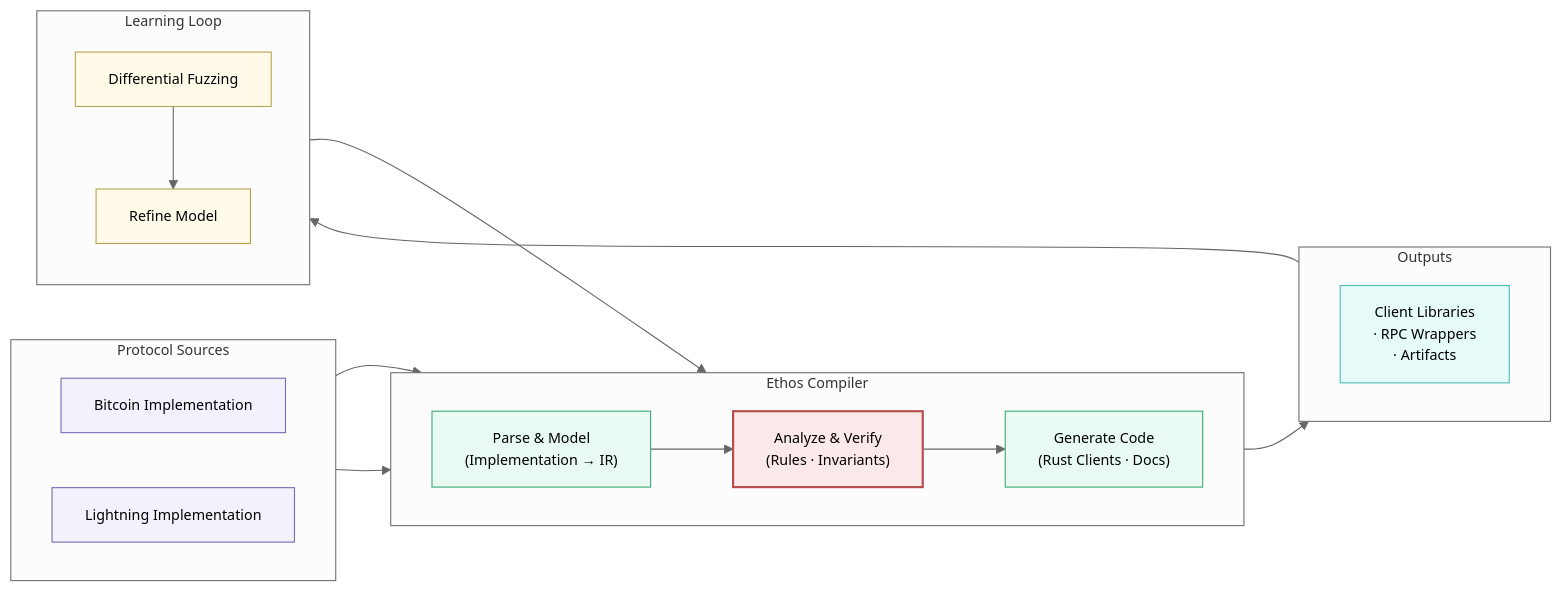
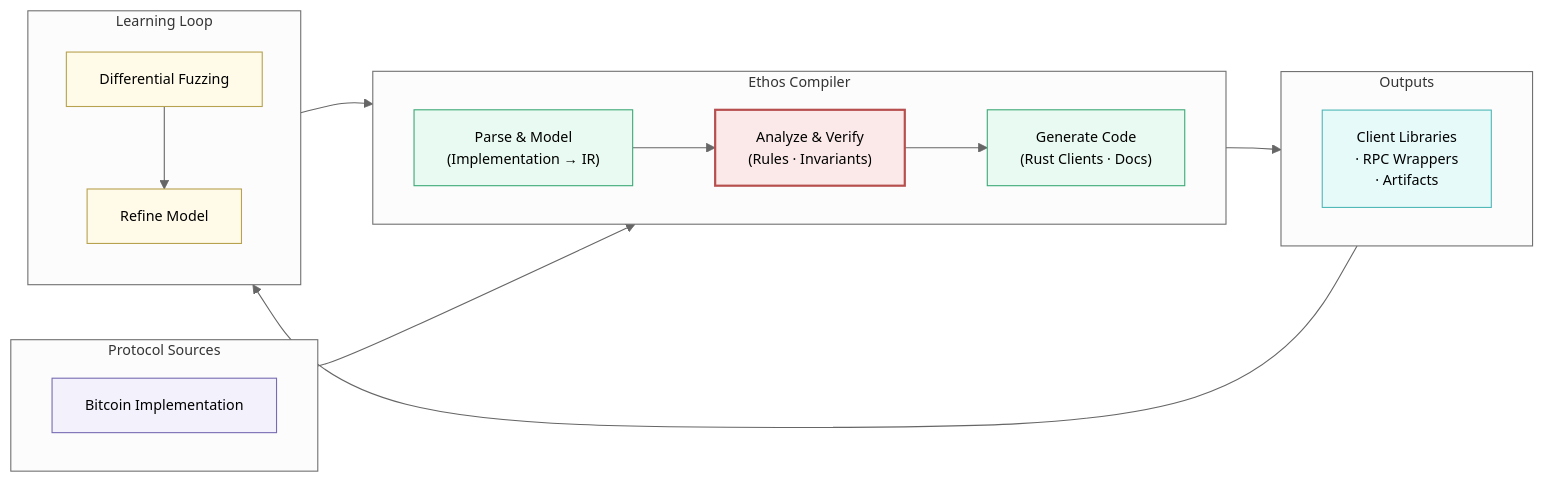
Before and after one commit to nervana21/ethos: the diagram in docs/architecture.mmd, drawn with Mermaid. The commit also changed 49 other files, not shown here.

```diff
--- a/docs/architecture.mmd
+++ b/docs/architecture.mmd
@@ -1,39 +1,37 @@
 %%{init: {'theme': 'neutral',
           'themeVariables': { 'primaryColor': '#ffffff', 'fontSize': '13px' }}}%%
 flowchart LR
 
 classDef ethos fill:#fae9e8,stroke:#b74f4f,stroke-width:2px,color:#000
 classDef core fill:#e8faf1,stroke:#3ca977,color:#000
 classDef impl fill:#f3f1fb,stroke:#786bb3,color:#000
 classDef output fill:#e6fafa,stroke:#4fb7b7,color:#000
 classDef feedback fill:#fffbe8,stroke:#b7a24f,color:#000
 
 %% === Simplified Ethos Flow ===
 subgraph INPUTS["Protocol Sources"]
 direction LR
 bitcoin["Bitcoin Implementation"]:::impl
-lightning["Lightning Implementation"]:::impl
 end
 
 subgraph CORE["Ethos Compiler"]
 direction LR
 parse["Parse & Model<br/>(Implementation → IR)"]:::core
 analyze["Analyze & Verify<br/>(Rules · Invariants)"]:::ethos
 generate["Generate Code<br/>(Rust Clients · Docs)"]:::core
 end
 
 subgraph OUTPUTS["Outputs"]
 direction LR
 clients["Client Libraries<br/>· RPC Wrappers<br/>· Artifacts"]:::output
 end
 
 subgraph FEEDBACK["Learning Loop"]
 direction TB
 fuzz["Differential Fuzzing"]:::feedback
 refine["Refine Model"]:::feedback
 end
 
 bitcoin --> parse
-lightning --> parse
 parse --> analyze --> generate --> clients
 clients --> fuzz --> refine --> parse
```
